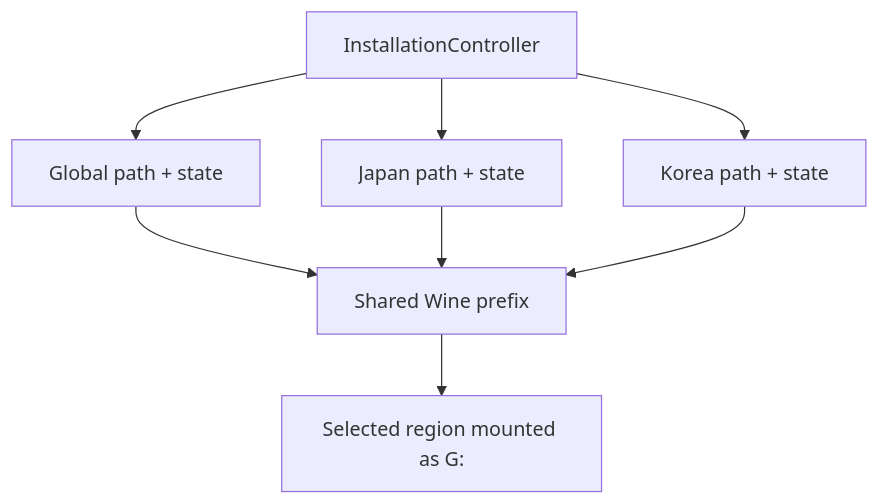
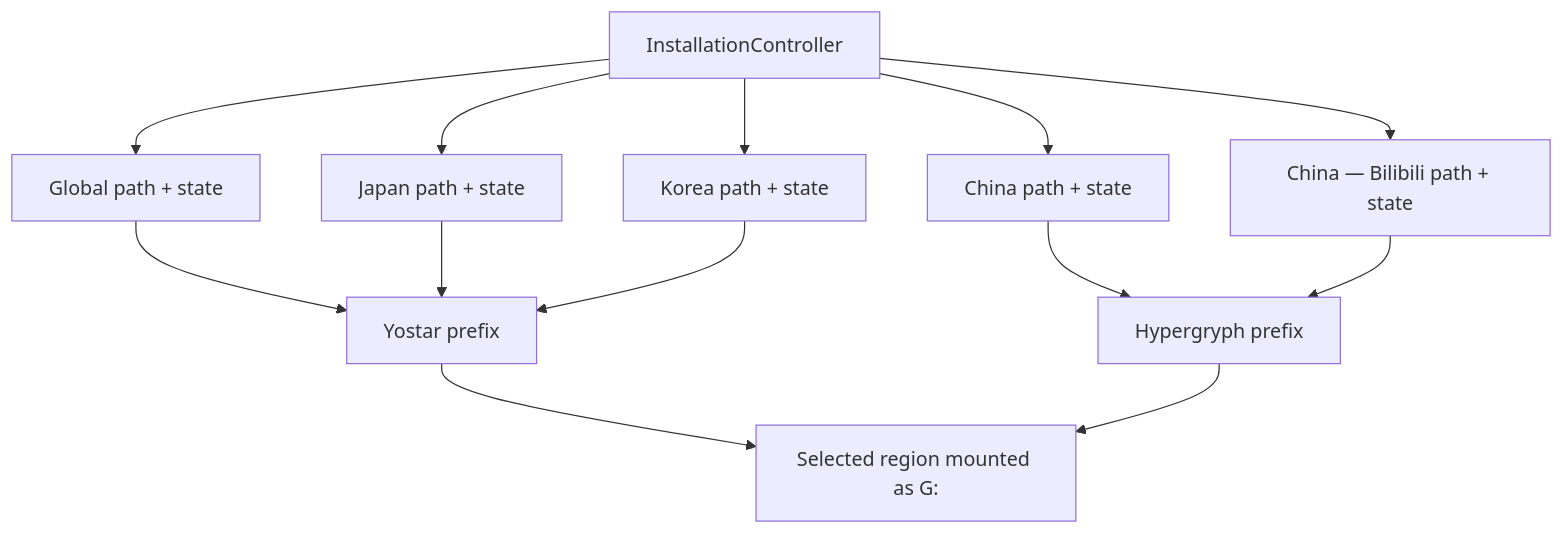
Before and after one commit to LuMiSxh/Arknights-MacOS-Client: the third of 3 diagrams in docs/development/architecture/installation.md, drawn with Mermaid. The commit also changed other lines of this file and 41 other files, not shown here.

````diff
--- a/docs/development/architecture/installation.md
+++ b/docs/development/architecture/installation.md
@@ -132,11 +133,16 @@
 ```mermaid
 flowchart TB
 	Controller[InstallationController]
 	Controller --> Global[Global path + state]
 	Controller --> Japan[Japan path + state]
 	Controller --> Korea[Korea path + state]
-	Global --> Prefix[Shared Wine prefix]
-	Japan --> Prefix
-	Korea --> Prefix
-	Prefix --> Active[Selected region mounted as G:]
+	Controller --> China[China path + state]
+	Controller --> Bilibili[China — Bilibili path + state]
+	Global --> YostarPrefix[Yostar prefix]
+	Japan --> YostarPrefix
+	Korea --> YostarPrefix
+	China --> HypergryphPrefix[Hypergryph prefix]
+	Bilibili --> HypergryphPrefix
+	YostarPrefix --> Active[Selected region mounted as G:]
+	HypergryphPrefix --> Active
 ```
````
